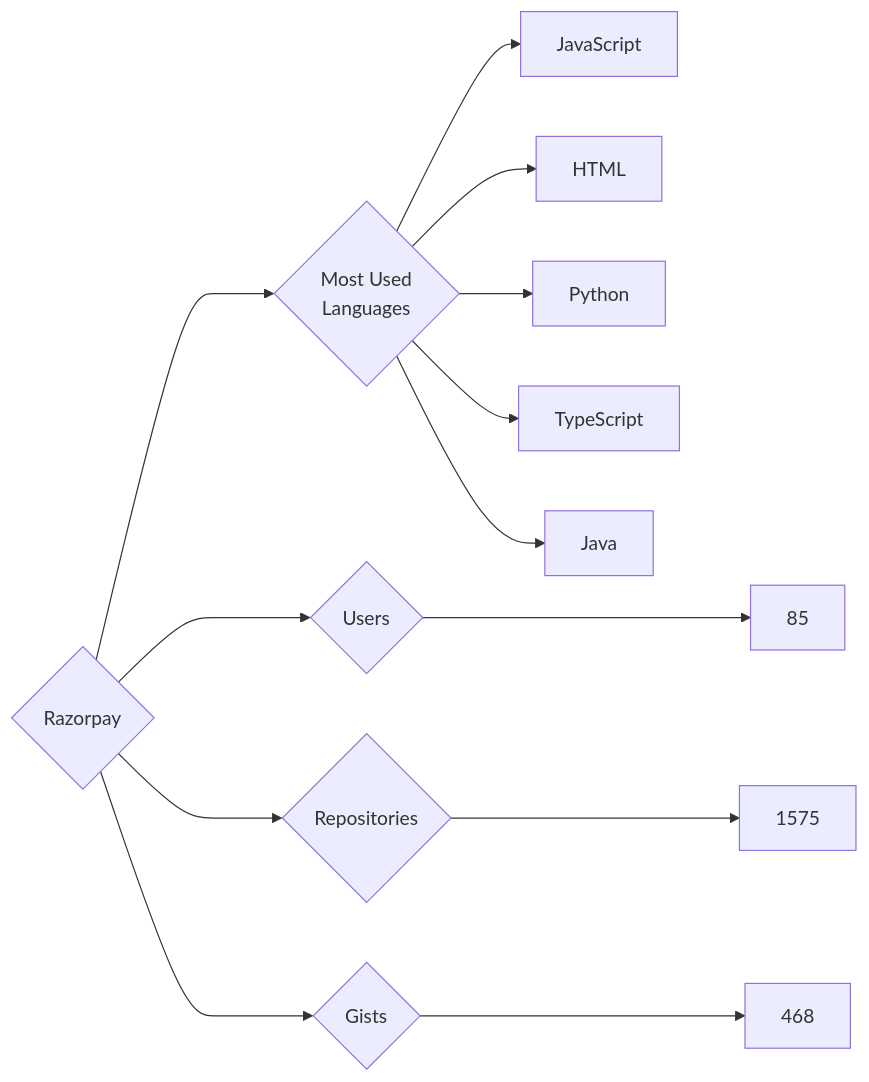
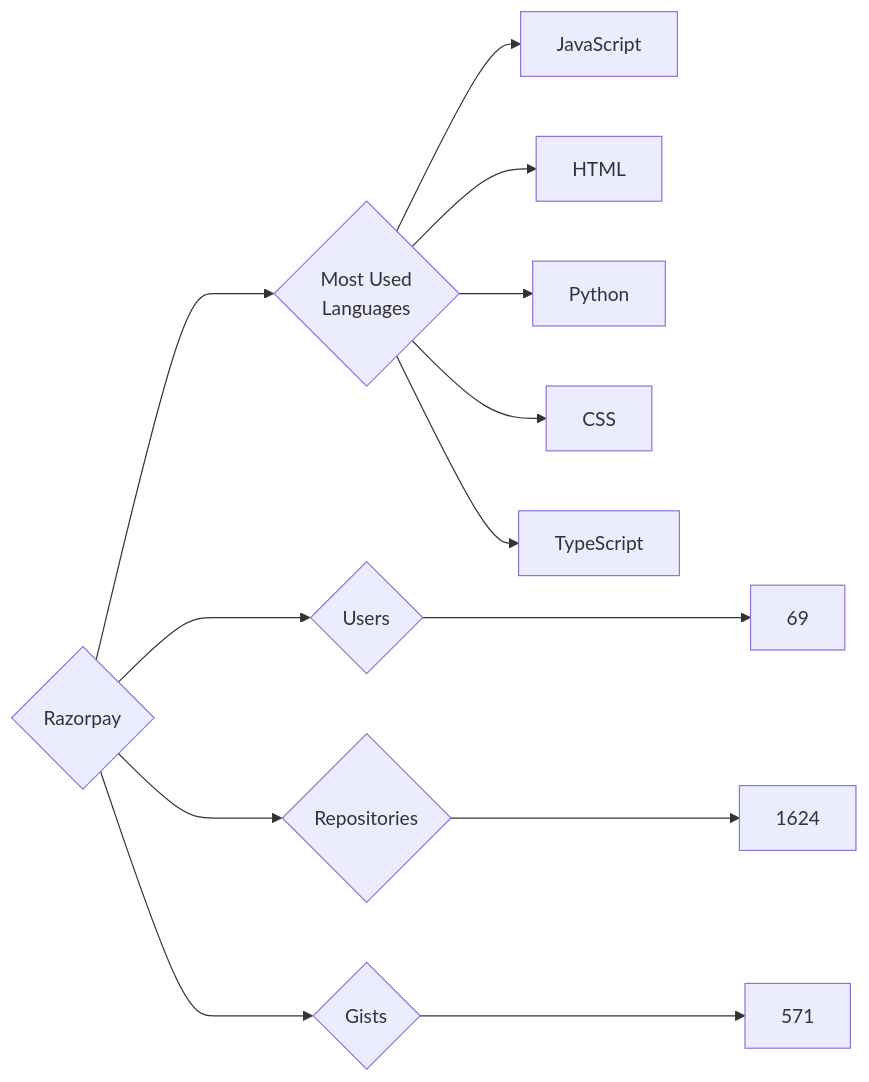
One commit to trickest/insiders changed the diagram in targets/Razorpay/README.md. Above: the diagram before and after it, drawn with Mermaid. The commit also changed 940 other files, not shown here.

````diff
--- a/targets/Razorpay/README.md
+++ b/targets/Razorpay/README.md
@@ -3,13 +3,13 @@
 ```mermaid
 graph LR
 COMPANY_NAME{Razorpay}
-COMPANY_NAME ---> U{Users} ---> UN[85]
-COMPANY_NAME ---> R{Repositories} ---> RN[1575]
-COMPANY_NAME ---> G{Gists} ---> GN[468]
+COMPANY_NAME ---> U{Users} ---> UN[69]
+COMPANY_NAME ---> R{Repositories} ---> RN[1624]
+COMPANY_NAME ---> G{Gists} ---> GN[571]
 COMPANY_NAME ---> ML{Most Used<br>Languages}
 ML --> JavaScript[JavaScript]
 ML --> HTML[HTML]
 ML --> Python[Python]
+ML --> CSS[CSS]
 ML --> TypeScript[TypeScript]
-ML --> Java[Java]
 ```
````
